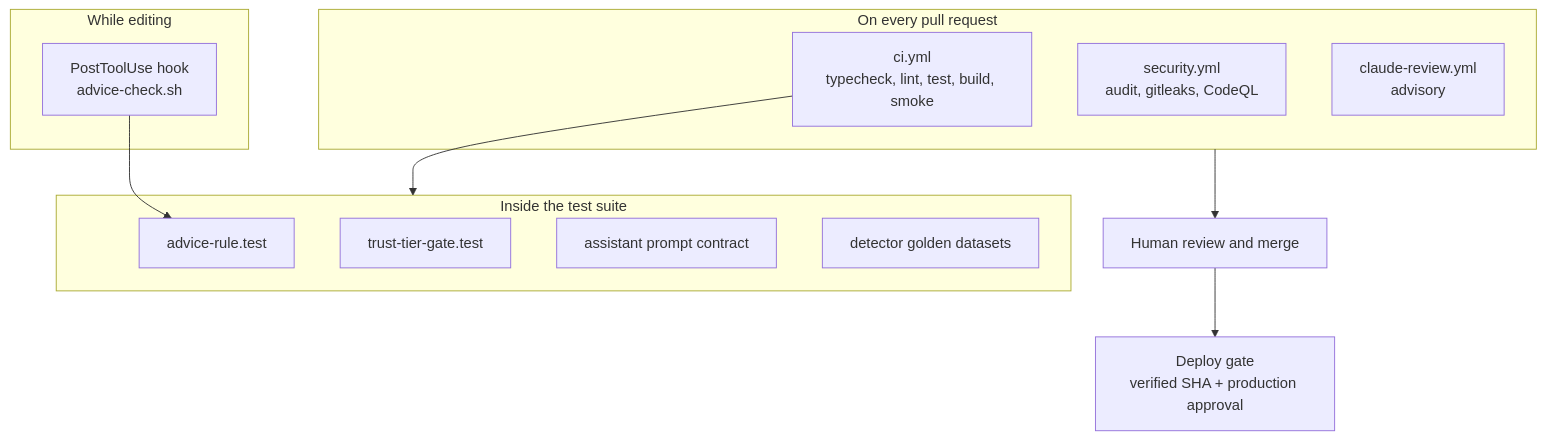
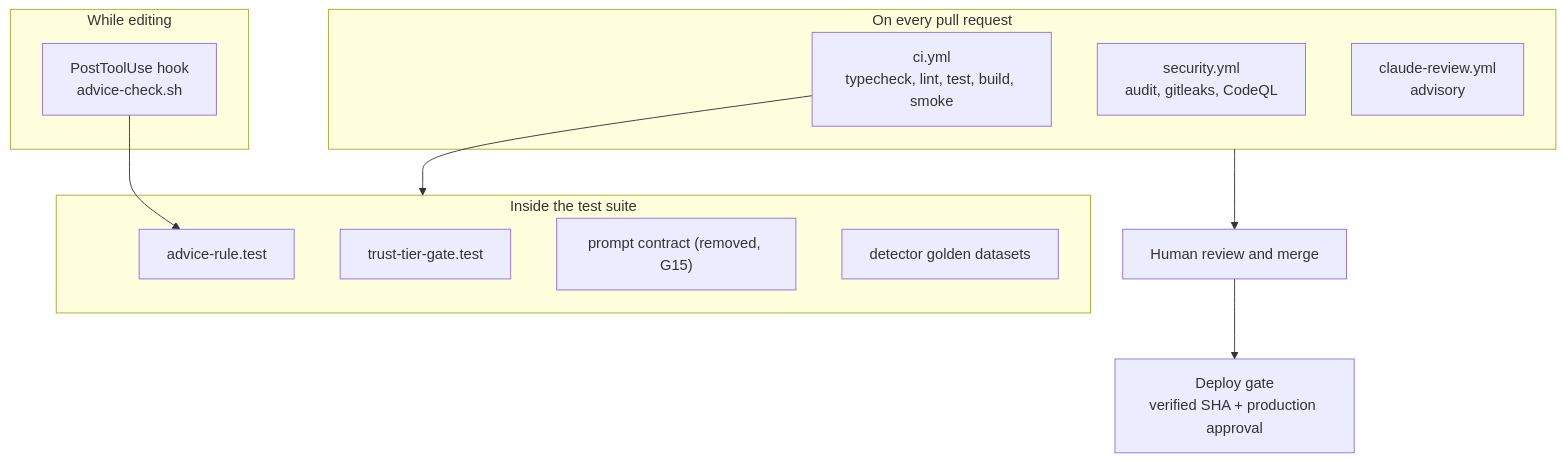
One commit to balureddy003/LifeKeel changed the third of 5 diagrams in docs/ai-native-sdlc-playbook.md. Above: the diagram before and after it, drawn with Mermaid. The commit also changed other lines of this file and 8 other files, not shown here.

````diff
--- a/docs/ai-native-sdlc-playbook.md
+++ b/docs/ai-native-sdlc-playbook.md
@@ -187,21 +187,21 @@
 ```mermaid
 flowchart TB
   subgraph Edit["While editing"]
     H["PostToolUse hook<br/>advice-check.sh"]
   end
   subgraph PR["On every pull request"]
     CI["ci.yml<br/>typecheck, lint, test, build, smoke"]
     SEC["security.yml<br/>audit, gitleaks, CodeQL"]
     AI["claude-review.yml<br/>advisory"]
   end
   subgraph Tests["Inside the test suite"]
     AR["advice-rule.test"]
     TT["trust-tier-gate.test"]
-    PC["assistant prompt contract"]
+    PC["prompt contract (removed, G15)"]
     GD["detector golden datasets"]
   end
   H --> AR
   CI --> Tests
   PR --> HM["Human review and merge"]
   HM --> DG["Deploy gate<br/>verified SHA + production approval"]
 ```
````
